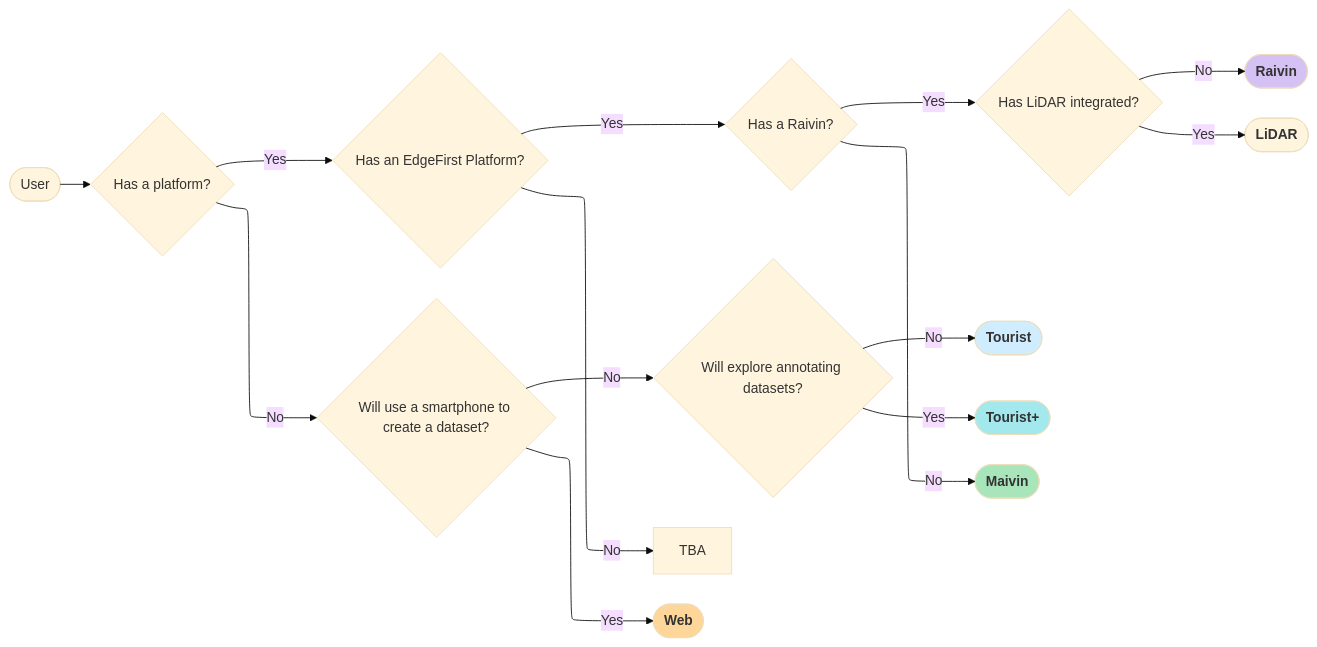
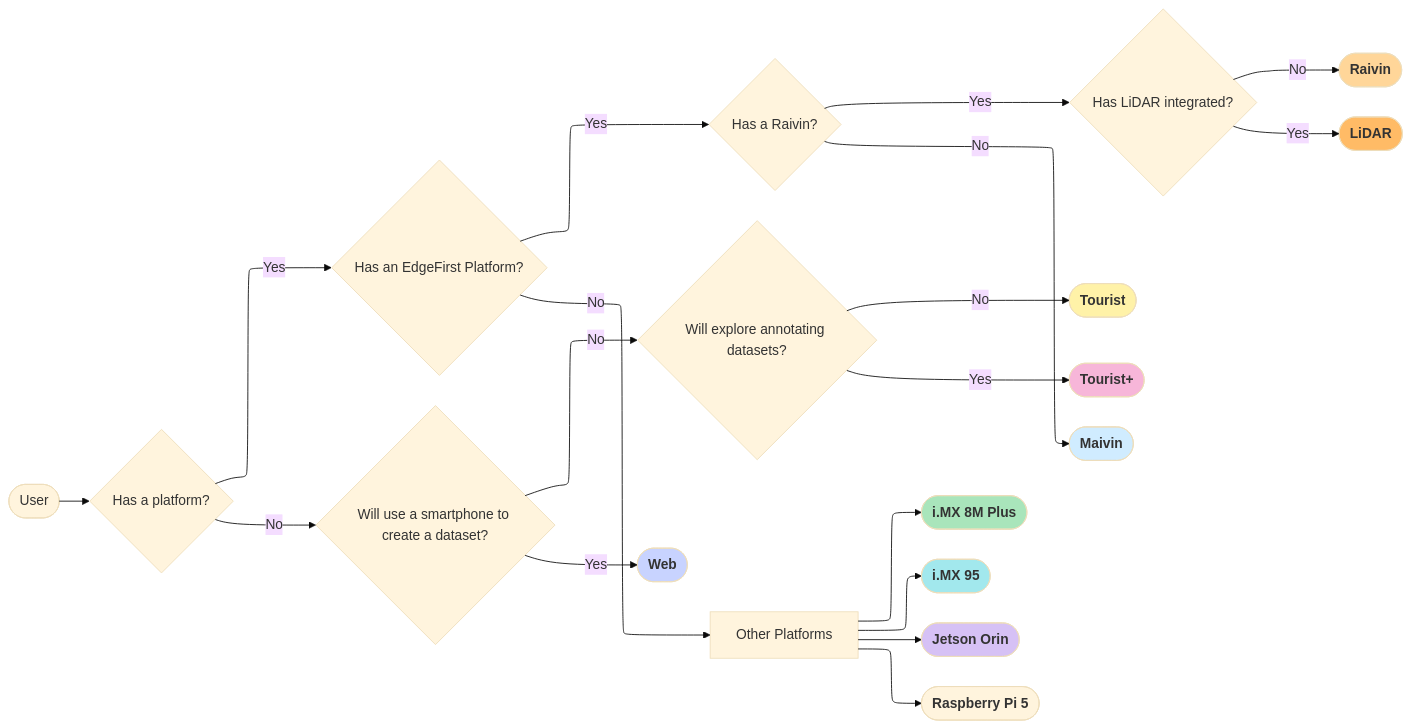
Before and after one commit to EdgeFirstAI/documentation: the first of 2 diagrams in docs/getting_started/workflows/index.md, drawn with Mermaid (base theme). The commit also changed other lines of this file and 50 other files, not shown here.

````diff
--- a/docs/getting_started/workflows/index.md
+++ b/docs/getting_started/workflows/index.md
@@ -13,43 +13,55 @@
 ```mermaid
 %%{init: {"flowchart": {"defaultRenderer": "elk"}} }%%
 flowchart LR
     %% User Definitions
     user([User])
     platform{Has a platform?}
     edgefirst_platform{Has an EdgeFirst Platform?}
     raivin_platform{Has a Raivin?}
     record{Will use a smartphone to create a dataset?}
     annotate_pd{Will explore annotating datasets?}
     with_lidar{Has LiDAR integrated?}
-    tba[TBA]
 
-    tourist([Tourist]):::blue
-    tourist_plus([Tourist+]):::teal
-    web_user([Web]):::orange
-    maivin_user([Maivin]):::green
-    raivin_user([Raivin]):::purple
-    raivin_lidar_user([LiDAR]):::coral
+    tourist([Tourist]):::yellow
+    tourist_plus([Tourist+]):::pink
+    web_user([Web]):::indigo
+    maivin_user([Maivin]):::blue
+    raivin_user([Raivin]):::orange
+    raivin_lidar_user([LiDAR]):::darker_orange
+    imx8mp_user([i.MX 8M Plus]):::green
+    imx95_user([i.MX 95]):::teal 
+    orin_user([Jetson Orin]):::purple 
+    pi_user([Raspberry Pi 5]):::coral
+    other_platforms[Other Platforms]
 
+    classDef yellow fill:#fff2a8,font-weight:bold;
+    classDef pink fill:#f7b6d9,font-weight:bold;
+    classDef indigo fill:#c8d3ff,font-weight:bold;
     classDef blue fill:#d0ecff,font-weight:bold;
     classDef teal fill:#a2e8ed,font-weight:bold;
     classDef orange fill:#ffd699,font-weight:bold;
+    classDef darker_orange fill:#ffbb66,font-weight:bold;
     classDef green fill:#a9e5bb,font-weight:bold;
     classDef purple fill:#d6c1f5,font-weight:bold;
     classDef coral fill:#ffc2b,font-weight:bold;
     classDef all fill:#f0e6f5,font-weight:bold;
 
     %% Flowchart
     user --> platform
     platform -- Yes --> edgefirst_platform
     platform -- No --> record
     record -- Yes --> web_user
     record -- No --> annotate_pd
     annotate_pd -- Yes --> tourist_plus
     annotate_pd -- No --> tourist
     edgefirst_platform -- Yes --> raivin_platform 
-    edgefirst_platform -- No --> tba
+    edgefirst_platform -- No --> other_platforms
+    other_platforms --> imx8mp_user
+    other_platforms --> imx95_user
+    other_platforms --> orin_user
+    other_platforms --> pi_user
     raivin_platform -- Yes --> with_lidar
     with_lidar -- Yes --> raivin_lidar_user
     with_lidar -- No --> raivin_user
     raivin_platform -- No --> maivin_user
 ```
````
